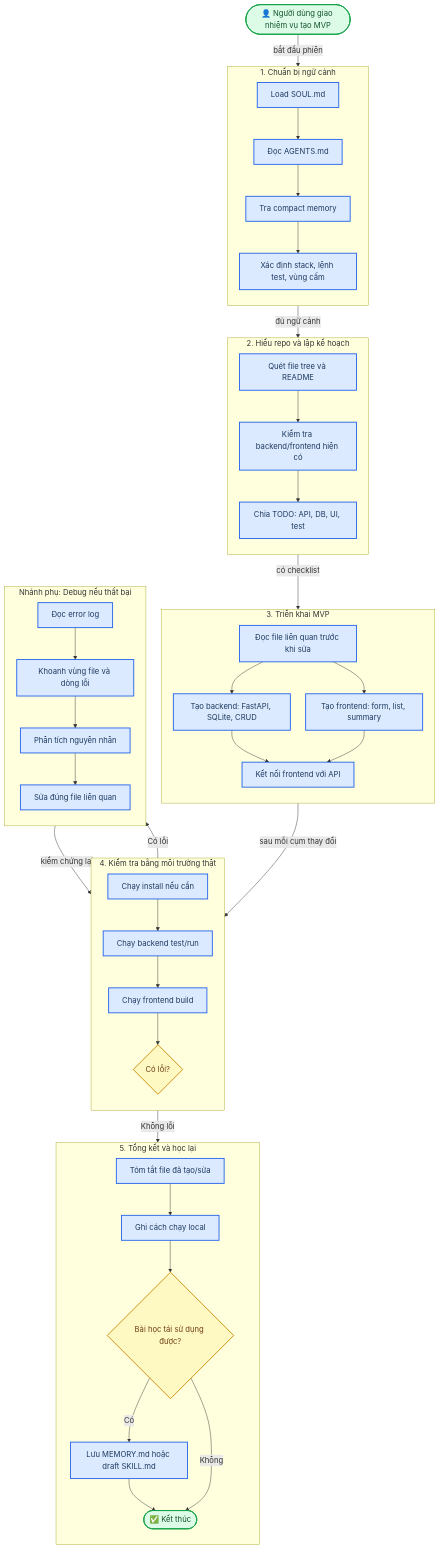
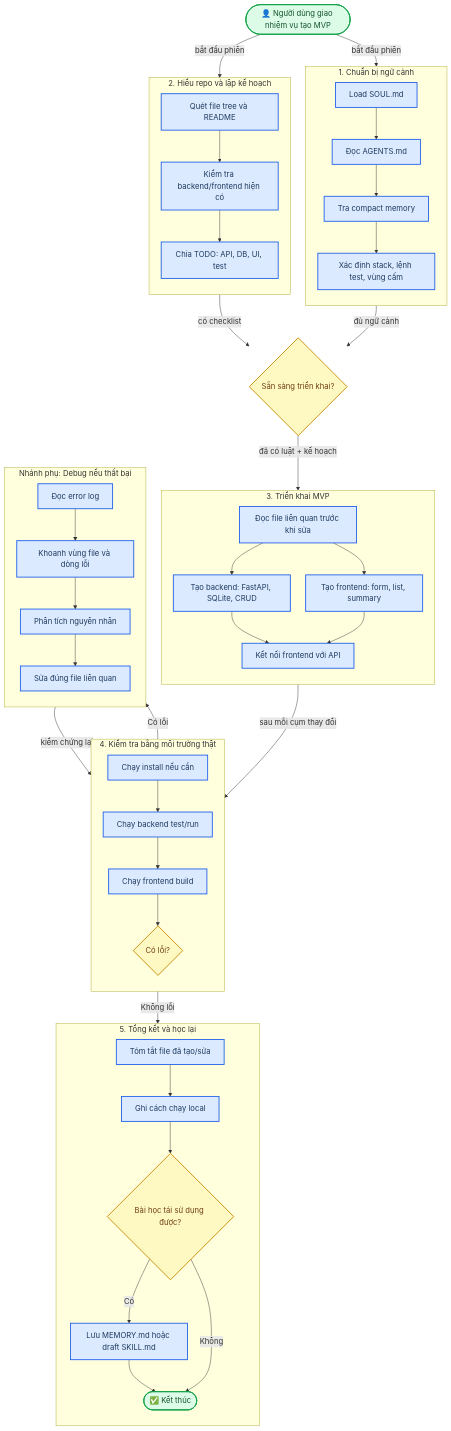
The eighth of 9 diagrams in README.md (lamvu-ha/Hermes_From-theory-to-practice), drawn with Mermaid before and after one commit. The commit also changed other lines of this file, not shown here.

Commit message:
Place initial workflow stages in parallel

````diff
--- a/README.md
+++ b/README.md
@@ -615,8 +615,10 @@
     end
 
     task -->|bắt đầu phiên| c1
-    c4 -->|đủ ngữ cảnh| r1
-    r3 -->|có checklist| b1
+    task -->|bắt đầu phiên| r1
+    c4 -->|đủ ngữ cảnh| ready{Sẵn sàng triển khai?}
+    r3 -->|có checklist| ready
+    ready -->|đã có luật + kế hoạch| b1
     b4 -->|sau mỗi cụm thay đổi| v1
     v4 -->|Không lỗi| l1
     v4 -->|Có lỗi| d1
@@ -627,7 +629,7 @@
     classDef success fill:#dcfce7,stroke:#16a34a,stroke-width:2px,color:#14532d
     classDef stage fill:#f8fafc,stroke:#64748b,stroke-width:2px,color:#0f172a
 
-    class v4,l3 decision
+    class ready,v4,l3 decision
     class c1,c2,c3,c4,r1,r2,r3,b1,b2,b3,b4,v1,v2,v3,d1,d2,d3,d4,l1,l2,l4 process
     class task,l5 success
 ```
````
